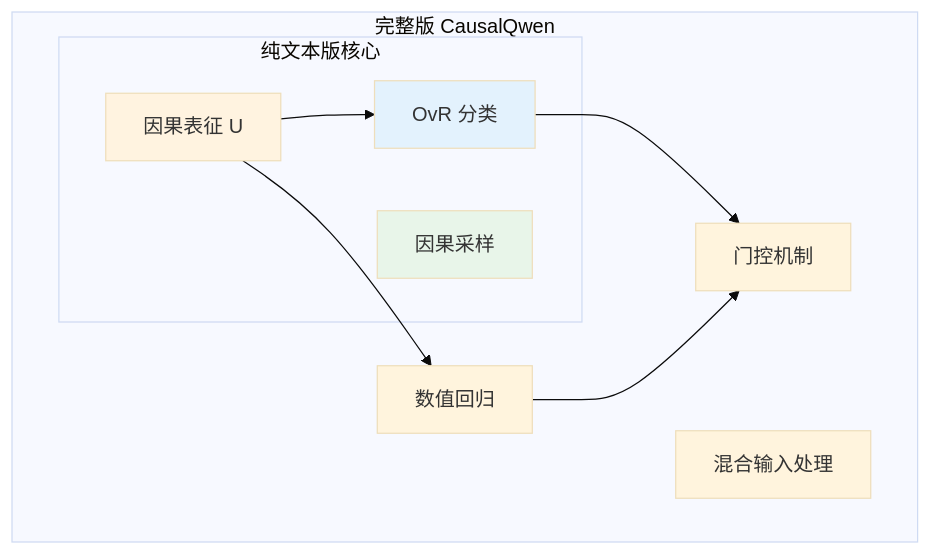
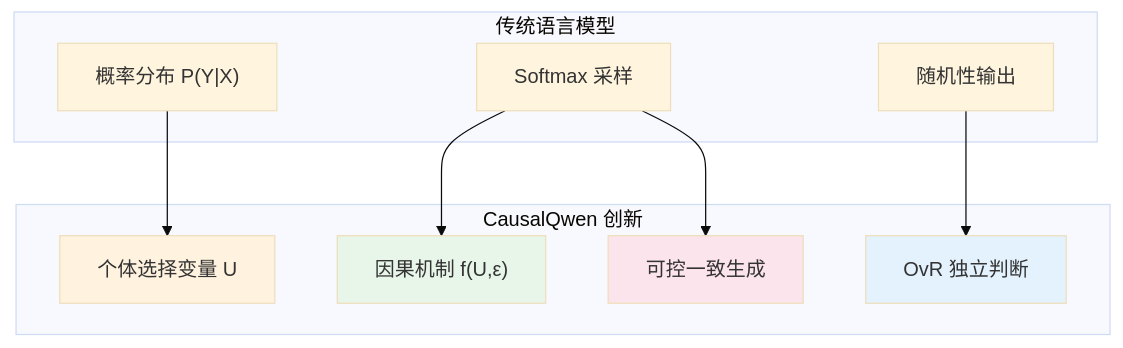
Before and after one commit to 1587causalai/CausalQwen: diagram 16 of 16 in design-docs/causal_qwen_text_only.md, drawn with Mermaid (base theme). The commit also changed other lines of this file, not shown here.

````diff
--- a/design-docs/causal_qwen_text_only.md
+++ b/design-docs/causal_qwen_text_only.md
@@ -608,22 +840,25 @@
 ```mermaid
 graph TB
-    subgraph "完整版 CausalQwen"
-        subgraph "纯文本版核心"
-            A["因果表征 U"]
-            B["OvR 分类"]
-            C["因果采样"]
-        end
-        D["数值回归"]
-        E["混合输入处理"]
-        F["门控机制"]
+    subgraph "传统语言模型"
+        T1["概率分布 P(Y|X)"]
+        T2["Softmax 采样"]
+        T3["随机性输出"]
     end
     
-    A --> B
-    A --> D
-    B --> F
-    D --> F
+    subgraph "CausalQwen 创新"
+        C1["个体选择变量 U"]
+        C2["因果机制 f(U,ε)"]
+        C3["OvR 独立判断"]
+        C4["可控一致生成"]
+    end
     
-    style A fill:#fff3e0
-    style B fill:#e3f2fd
-    style C fill:#e8f5e9
+    T1 --> C1
+    T2 --> C2
+    T3 --> C3
+    T2 --> C4
+    
+    style C1 fill:#fff3e0
+    style C2 fill:#e8f5e9
+    style C3 fill:#e3f2fd
+    style C4 fill:#fce4ec
 ```
````
